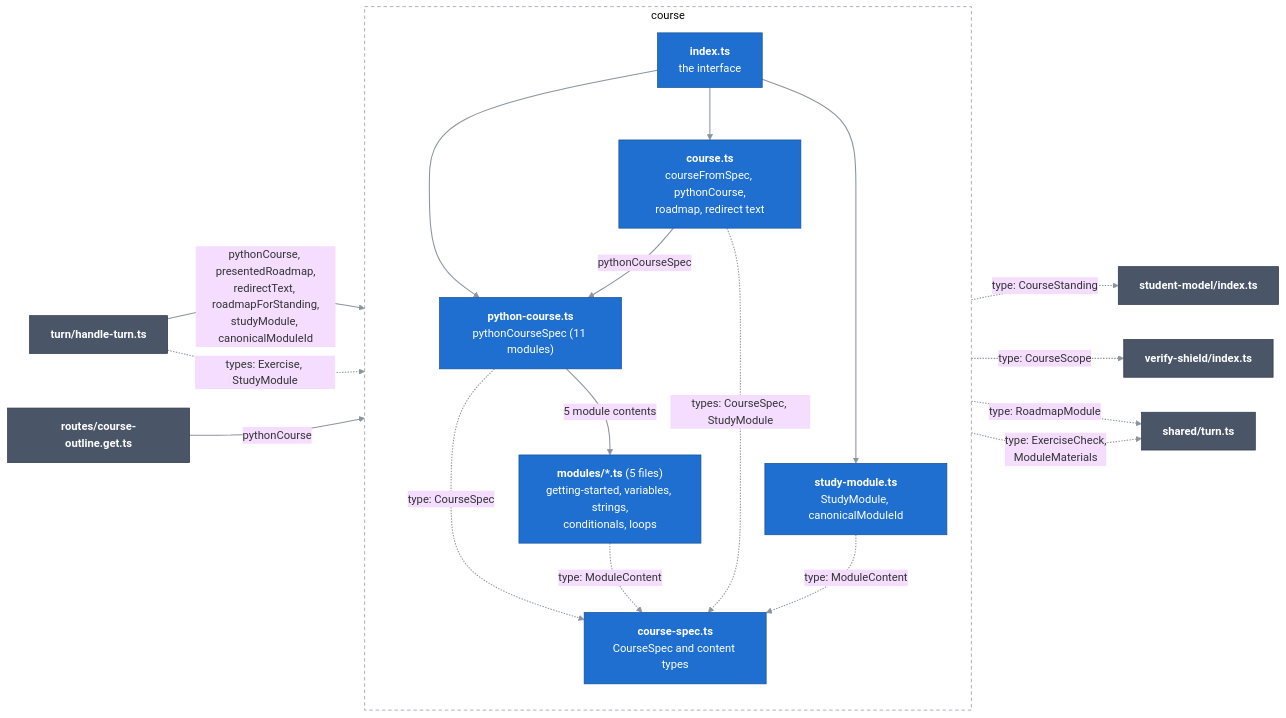
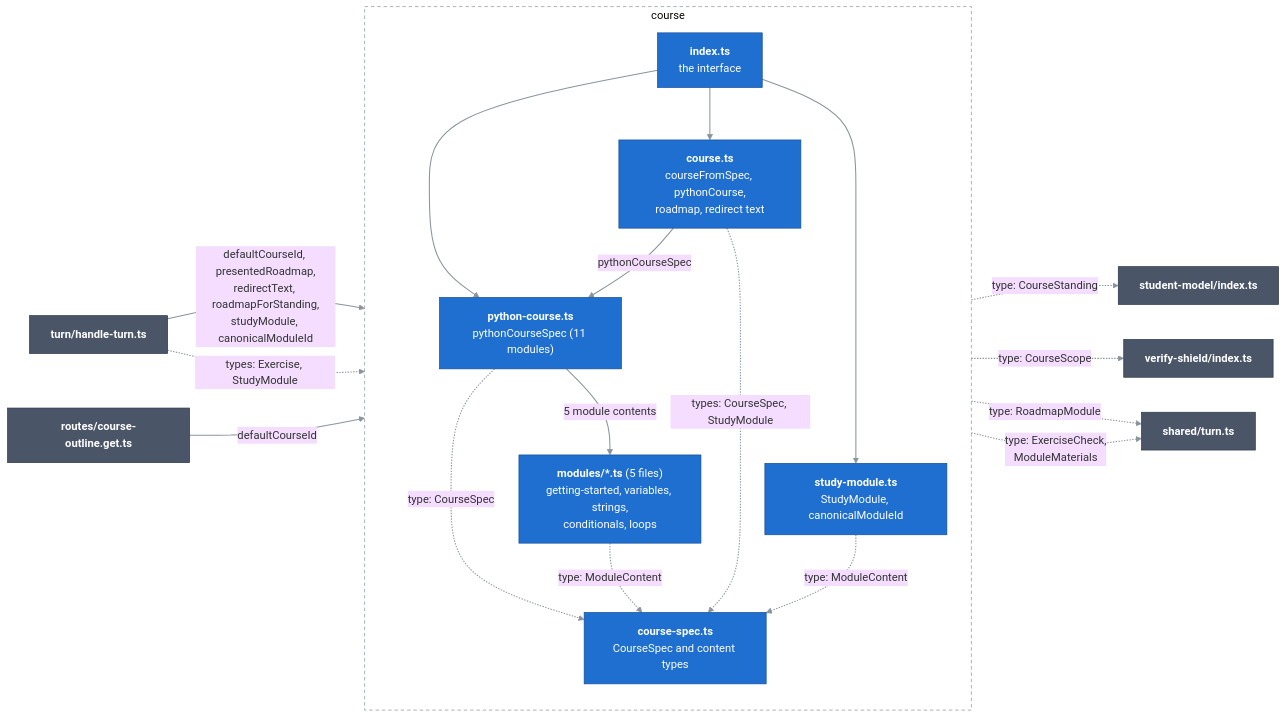
One commit to Bill2926/COS40005_HN9_Verifiable_Co-Learner_Agent changed the diagram in docs/c4/03-components/server/04-course.md. Above: the diagram before and after it, drawn with Mermaid (base theme). The commit also changed other lines of this file and 28 other files, not shown here.

````diff
--- a/docs/c4/03-components/server/04-course.md
+++ b/docs/c4/03-components/server/04-course.md
@@ -13,41 +13,41 @@
 ```mermaid
 flowchart LR
   classDef comp fill:#1f6fd0,stroke:#164f96,color:#ffffff
   classDef near fill:#4a5568,stroke:#2d3748,color:#ffffff
   linkStyle default stroke:#8b949e,stroke-width:1.5px
 
   handleTurn["<b>turn/handle-turn.ts</b>"]:::near
   outline["<b>routes/course-outline.get.ts</b>"]:::near
   studentModel["<b>student-model/index.ts</b>"]:::near
   shield["<b>verify-shield/index.ts</b>"]:::near
   turnTypes["<b>shared/turn.ts</b>"]:::near
 
   subgraph course["course"]
     direction TB
     index["<b>index.ts</b><br/>the interface"]:::comp
     courseFile["<b>course.ts</b><br/>courseFromSpec, pythonCourse,<br/>roadmap, redirect text"]:::comp
     spec["<b>course-spec.ts</b><br/>CourseSpec and content types"]:::comp
     pythonSpec["<b>python-course.ts</b><br/>pythonCourseSpec (11 modules)"]:::comp
     studyModule["<b>study-module.ts</b><br/>StudyModule, canonicalModuleId"]:::comp
     modules["<b>modules/*.ts</b> (5 files)<br/>getting-started, variables, strings,<br/>conditionals, loops"]:::comp
   end
 
-  handleTurn -->|"pythonCourse, presentedRoadmap,<br/>redirectText, roadmapForStanding,<br/>studyModule, canonicalModuleId"| index
+  handleTurn -->|"defaultCourseId, presentedRoadmap,<br/>redirectText, roadmapForStanding,<br/>studyModule, canonicalModuleId"| index
   handleTurn -.->|"types: Exercise, StudyModule"| index
-  outline -->|"pythonCourse"| index
+  outline -->|"defaultCourseId"| index
   index --> courseFile
   index --> pythonSpec
   index --> studyModule
   courseFile -->|"pythonCourseSpec"| pythonSpec
   pythonSpec -->|"5 module contents"| modules
   pythonSpec -.->|"type: CourseSpec"| spec
   modules -.->|"type: ModuleContent"| spec
   courseFile -.->|"types: CourseSpec, StudyModule"| spec
   studyModule -.->|"type: ModuleContent"| spec
   courseFile -.->|"type: CourseStanding"| studentModel
   courseFile -.->|"type: CourseScope"| shield
   courseFile -.->|"type: RoadmapModule"| turnTypes
   spec -.->|"type: ExerciseCheck,<br/>ModuleMaterials"| turnTypes
 
   style course fill:none,stroke:#8b949e,stroke-dasharray:5 4
 ```
````
